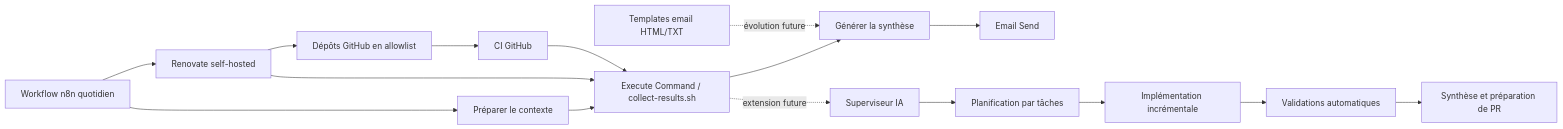
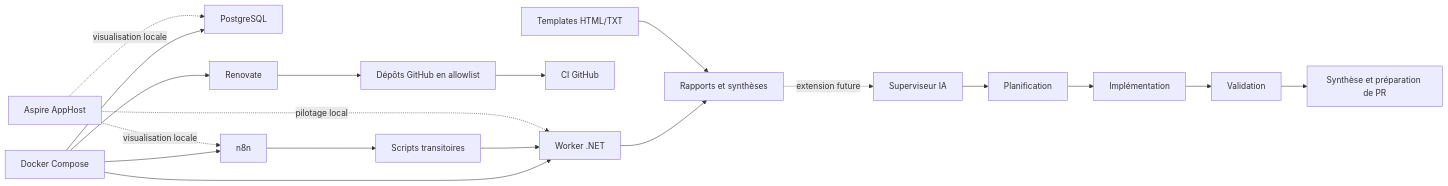
One commit to arnaud-wissart-lab/repo-ops changed the diagram in docs/architecture.md. Above: the diagram before and after it, drawn with Mermaid. The commit also changed other lines of this file and 30 other files, not shown here.

Commit message:
feat(dotnet): recentre le socle sur .NET et Aspire

````diff
--- a/docs/architecture.md
+++ b/docs/architecture.md
@@ -94,18 +136,21 @@
 ```mermaid
 flowchart LR
-    Scheduler["Workflow n8n quotidien"] --> Context["Préparer le contexte"]
-    Context --> Collect["Execute Command / collect-results.sh"]
-    Collect --> Summary["Générer la synthèse"]
-    Summary --> Mail["Email Send"]
-    Scheduler --> Renovate["Renovate self-hosted"]
+    Compose["Docker Compose"] --> Worker["Worker .NET"]
+    Compose --> Postgres["PostgreSQL"]
+    Compose --> N8N["n8n"]
+    Compose --> Renovate["Renovate"]
     Renovate --> GitHub["Dépôts GitHub en allowlist"]
     GitHub --> CI["CI GitHub"]
-    Renovate --> Collect
-    CI --> Collect
-    Templates["Templates email HTML/TXT"] -. évolution future .-> Summary
-    Collect -. extension future .-> AI["Superviseur IA"]
-    AI --> Planner["Planification par tâches"]
-    Planner --> Worker["Implémentation incrémentale"]
-    Worker --> Checks["Validations automatiques"]
-    Checks --> Reporter["Synthèse et préparation de PR"]
+    N8N --> Scripts["Scripts transitoires"]
+    Scripts --> Worker
+    Worker --> Reports["Rapports et synthèses"]
+    Templates["Templates HTML/TXT"] --> Reports
+    Aspire["Aspire AppHost"] -. pilotage local .-> Worker
+    Aspire -. visualisation locale .-> Postgres
+    Aspire -. visualisation locale .-> N8N
+    Reports -. extension future .-> Supervisor["Superviseur IA"]
+    Supervisor --> Planner["Planification"]
+    Planner --> Implementer["Implémentation"]
+    Implementer --> Validation["Validation"]
+    Validation --> Reporter["Synthèse et préparation de PR"]
 ```
````
